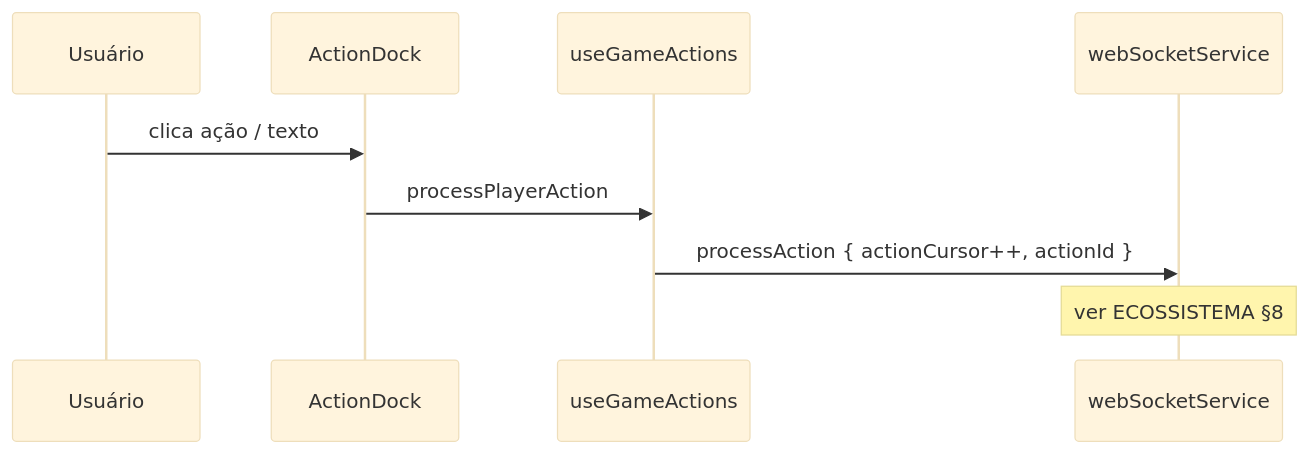
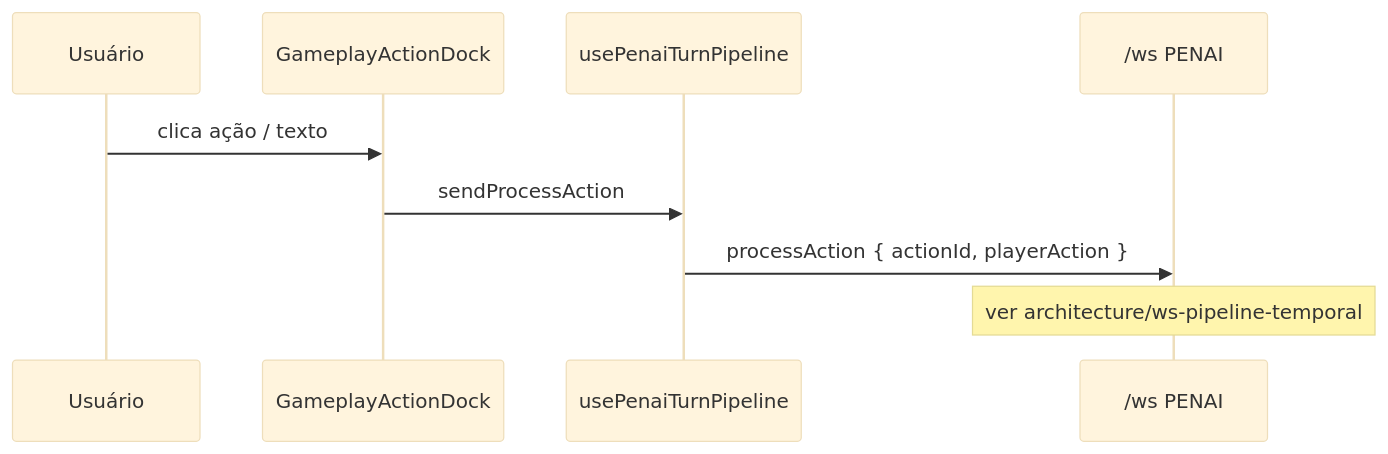
The fourth of 5 diagrams in docs/DESIGN_FRONTEND.md (edsoncantuaria/dndai), drawn with Mermaid (base theme) before and after one commit. The commit also changed other lines of this file and 22 other files, not shown here.

First line of the commit message:
docs: arquitetura PENAI modular e alinhamento ECOSSISTEMA

````diff
--- a/docs/DESIGN_FRONTEND.md
+++ b/docs/DESIGN_FRONTEND.md
@@ -315,12 +340,12 @@
 ```mermaid
 sequenceDiagram
     participant U as Usuário
-    participant D as ActionDock
-    participant A as useGameActions
-    participant W as webSocketService
+    participant D as GameplayActionDock
+    participant P as usePenaiTurnPipeline
+    participant W as /ws PENAI
 
     U->>D: clica ação / texto
-    D->>A: processPlayerAction
-    A->>W: processAction { actionCursor++, actionId }
-    Note over W: ver ECOSSISTEMA §8
+    D->>P: sendProcessAction
+    P->>W: processAction { actionId, playerAction }
+    Note over W: ver architecture/ws-pipeline-temporal
 ```
````
